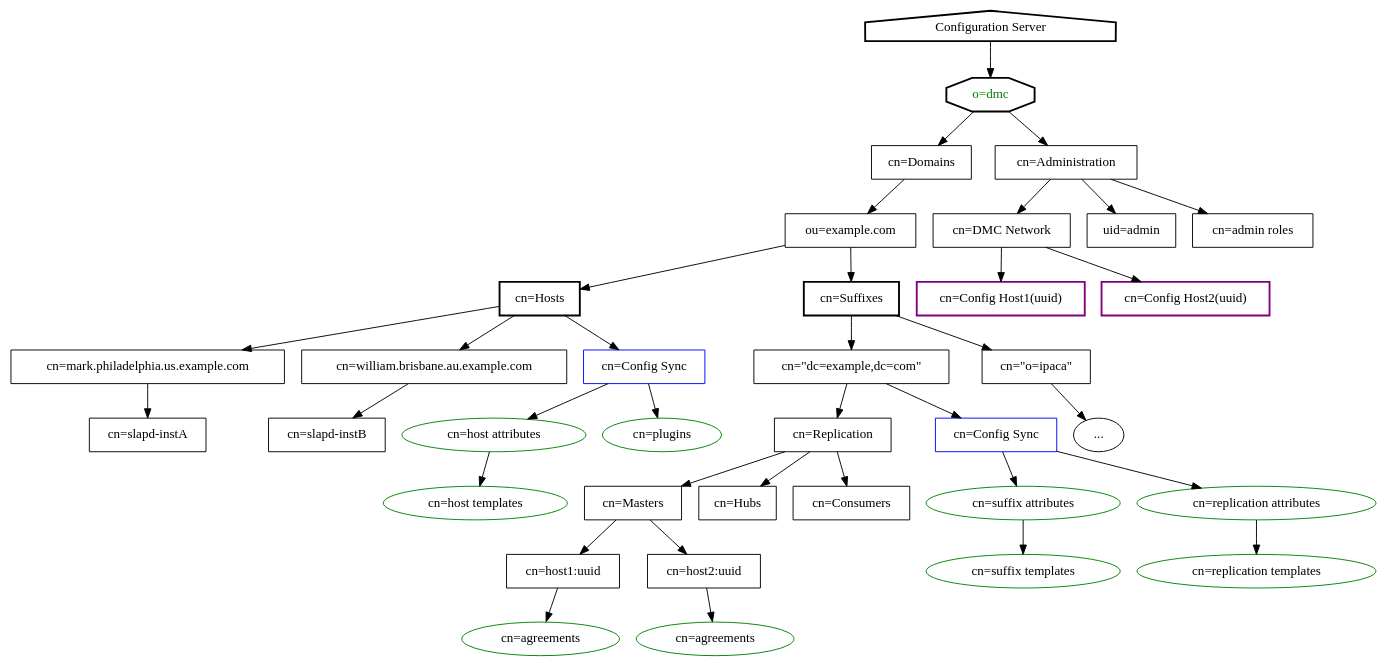
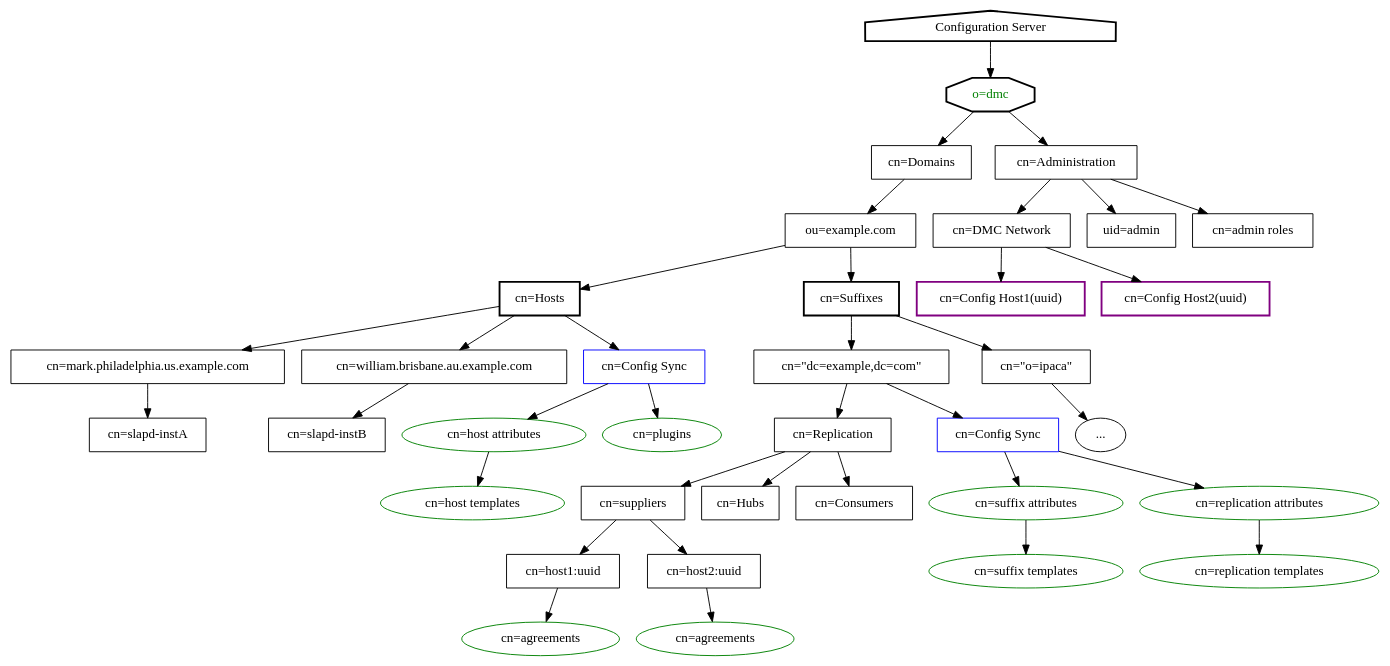
One commit to 389ds/389ds.github.io changed the diagram in images_src/marks_dmc_tree.dot. Above: the diagram before and after it, drawn with Graphviz. The commit also changed 82 other files, not shown here.

```diff
--- a/images_src/marks_dmc_tree.dot
+++ b/images_src/marks_dmc_tree.dot
@@ -1,113 +1,113 @@
 digraph O_DMC {
     root [label="Configuration Server", shape=house, style=bold];
 
     o_dmc [label="o=dmc", shape=octagon, style=bold, fontcolor=green];
     
     cn_domains [label="cn=Domains", shape=record];
     cn_administration [label="cn=Administration", shape=record];
     dmc_repl [label="cn=DMC Network", shape=record];
 
     # Under Domains
     cn_hosts [label="cn=Hosts", shape=record, style=bold];
     cn_suffixes [label="cn=Suffixes", shape=record, style=bold];
     cn_replication [label="cn=Replication", shape=record];
 
     # Suffix
     suffix1 [label="cn=\"dc=example,dc=com\"", shape=record];
     suffix2 [label="cn=\"o=ipaca\"", shape=record];
 
     # Hosts
     ou_domain [label="ou=example.com", shape=record];
     cn_host1 [label="cn=mark.philadelphia.us.example.com", shape=record];
     cn_host2 [label="cn=william.brisbane.au.example.com", shape=record];
    
     # Configuration
     host_config_sync [label="cn=Config Sync", shape=record, color=blue];
     suffix_config_sync [label="cn=Config Sync", shape=record, color=blue];
 
     config_sync_host_attr [label="cn=host attributes", shape=ellipse, color=green];
     config_sync_host [label="cn=host templates", shape=ellipse, color=green];
     config_sync_suffix_attr [label="cn=suffix attributes", shape=ellipse, color=green];
     config_sync_suffix [label="cn=suffix templates", shape=ellipse, color=green];
     config_sync_repl_attr [label="cn=replication attributes", shape=ellipse, color=green];
     config_sync_repl [label="cn=replication templates", shape=ellipse, color=green];
     config_sync_plugin [label="cn=plugins", shape=ellipse, color=green];
 
     # Administration
     uid_admin [label="uid=admin", shape=record];
     admin_role [label="cn=admin roles", shape=record];
 
     # Replication
-    cn_repl_masters [label="cn=Masters", shape=record];
+    cn_repl_suppliers [label="cn=suppliers", shape=record];
     cn_repl_hubs [label="cn=Hubs", shape=record];
     cn_repl_consumers [label="cn=Consumers", shape=record];
     cn_repl_inst1 [label="cn=host1:uuid", shape=record];
     cn_repl_inst2 [label="cn=host2:uuid", shape=record];
 
     # Instances
     cn_inst1 [label="cn=slapd-instA", shape=record];
     cn_inst2 [label="cn=slapd-instB", shape=record];
     cn_config_inst1 [label="cn=Config Host1(uuid)", shape=record, color=purple, style=bold];
     cn_config_inst2 [label="cn=Config Host2(uuid)", shape=record, color=purple, style=bold];
 
 
     cn_inst1_agmt [label="cn=agreements", shape=ellipse, color=green];
     cn_inst2_agmt [label="cn=agreements", shape=ellipse, color=green];
 
     dotdotdot [label="...", shape=ellipse];
 
 
     # Root Node
     root -> o_dmc;
     o_dmc -> cn_domains;
     o_dmc -> cn_administration;
 
     # Admin Node
     cn_administration -> uid_admin;
     cn_administration -> admin_role;
     cn_administration -> dmc_repl;
     dmc_repl -> cn_config_inst1;
     dmc_repl -> cn_config_inst2;
 
     # Domain Node
     cn_domains -> ou_domain
     ou_domain -> cn_suffixes;
     ou_domain -> cn_hosts;
 
     # Suffixes
     cn_suffixes -> suffix1;
     cn_suffixes -> suffix2;
     suffix1 -> suffix_config_sync
     suffix1 -> cn_replication
     suffix2 -> dotdotdot
 
     # Hosts
     cn_hosts -> cn_host1;
     cn_hosts -> cn_host2;
     cn_hosts -> host_config_sync;
     host_config_sync -> config_sync_plugin;
 
     # Instances
     cn_host1 -> cn_inst1;
     cn_host2 -> cn_inst2;
 
 
     # Replication
-    cn_replication -> cn_repl_masters;
+    cn_replication -> cn_repl_suppliers;
     cn_replication -> cn_repl_hubs;
     cn_replication -> cn_repl_consumers;
-    cn_repl_masters -> cn_repl_inst1;
-    cn_repl_masters -> cn_repl_inst2;
+    cn_repl_suppliers -> cn_repl_inst1;
+    cn_repl_suppliers -> cn_repl_inst2;
     cn_repl_inst1 -> cn_inst1_agmt;
     cn_repl_inst2 -> cn_inst2_agmt;
 
     # Configuration
     host_config_sync -> config_sync_host_attr;
     config_sync_host_attr -> config_sync_host;
 
     suffix_config_sync -> config_sync_suffix_attr;
     config_sync_suffix_attr -> config_sync_suffix;
     suffix_config_sync-> config_sync_repl_attr;
     config_sync_repl_attr -> config_sync_repl;
 
 }
```
